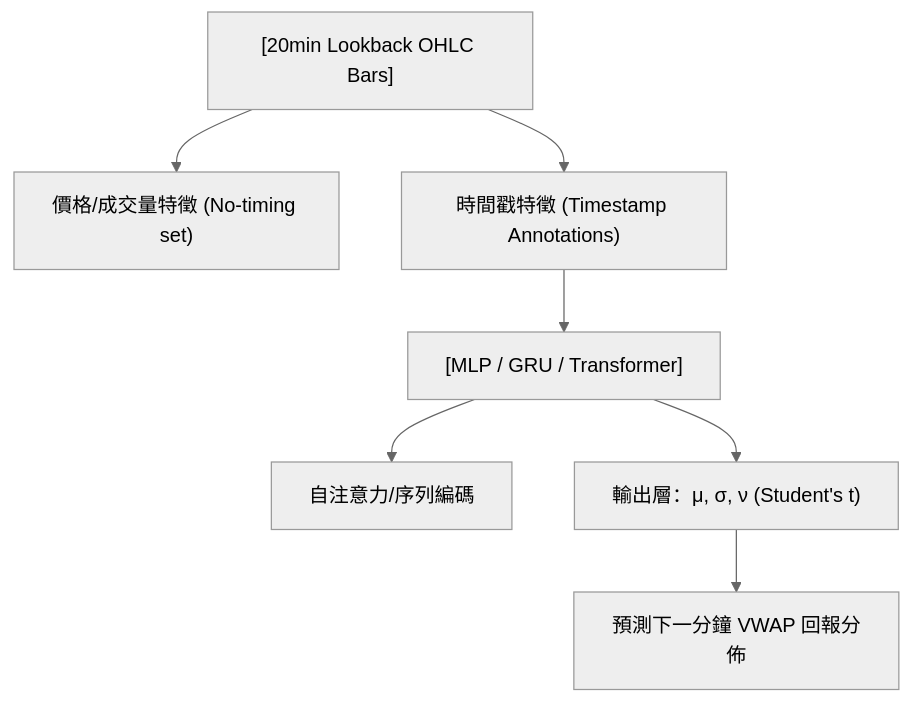
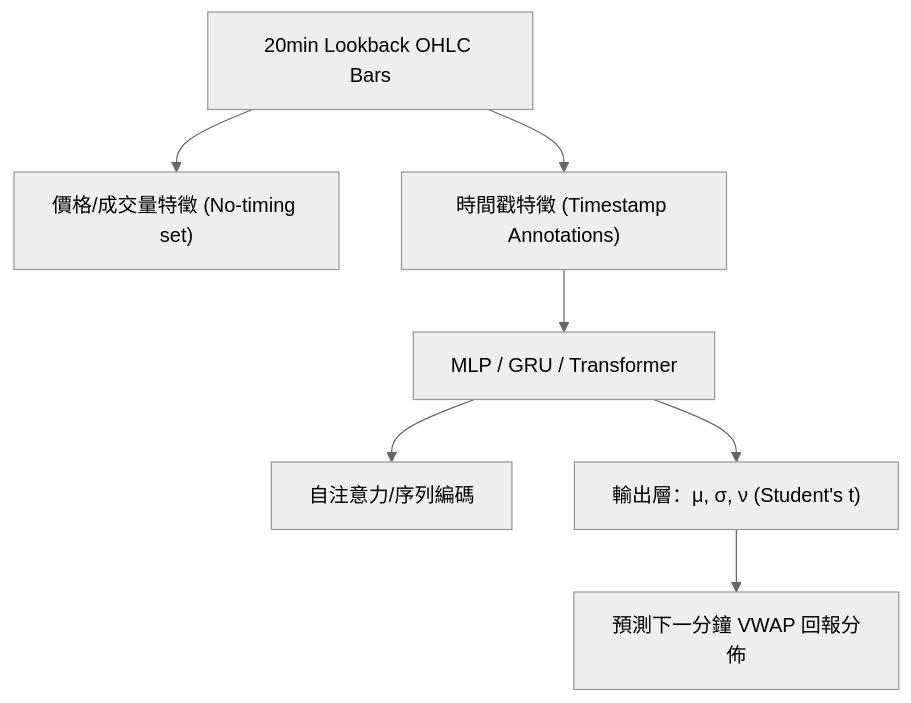
Before and after one commit to sou350121/Trading-Handbook: the diagram in foundations/time-series-forecasting/bloomberg-ohlc.md, drawn with Mermaid (neutral theme). The commit also changed other lines of this file and 191 other files, not shown here.

First line of the commit message:
render: fix math + mermaid for GitHub across the corpus (188 pages)

````diff
--- a/foundations/time-series-forecasting/bloomberg-ohlc.md
+++ b/foundations/time-series-forecasting/bloomberg-ohlc.md
@@ -30,9 +30,9 @@
 ```mermaid
 flowchart TD
-    A["[20min Lookback OHLC Bars]"] --> B["價格/成交量特徵 (No-timing set)"]
-    A["[20min Lookback OHLC Bars]"] --> C["時間戳特徵 (Timestamp Annotations)"]
-    C["時間戳特徵 (Timestamp Annotations)"] --> D["[MLP / GRU / Transformer]"]
-    D["[MLP / GRU / Transformer]"] --> E["自注意力/序列編碼"]
-    D["[MLP / GRU / Transformer]"] --> F["輸出層：μ, σ, ν (Student's t)"]
+    A["20min Lookback OHLC Bars"] --> B["價格/成交量特徵 (No-timing set)"]
+    A["20min Lookback OHLC Bars"] --> C["時間戳特徵 (Timestamp Annotations)"]
+    C["時間戳特徵 (Timestamp Annotations)"] --> D["MLP / GRU / Transformer"]
+    D["MLP / GRU / Transformer"] --> E["自注意力/序列編碼"]
+    D["MLP / GRU / Transformer"] --> F["輸出層：μ, σ, ν (Student's t)"]
     F["輸出層：μ, σ, ν (Student's t)"] --> G["預測下一分鐘 VWAP 回報分佈"]
 ```
````
